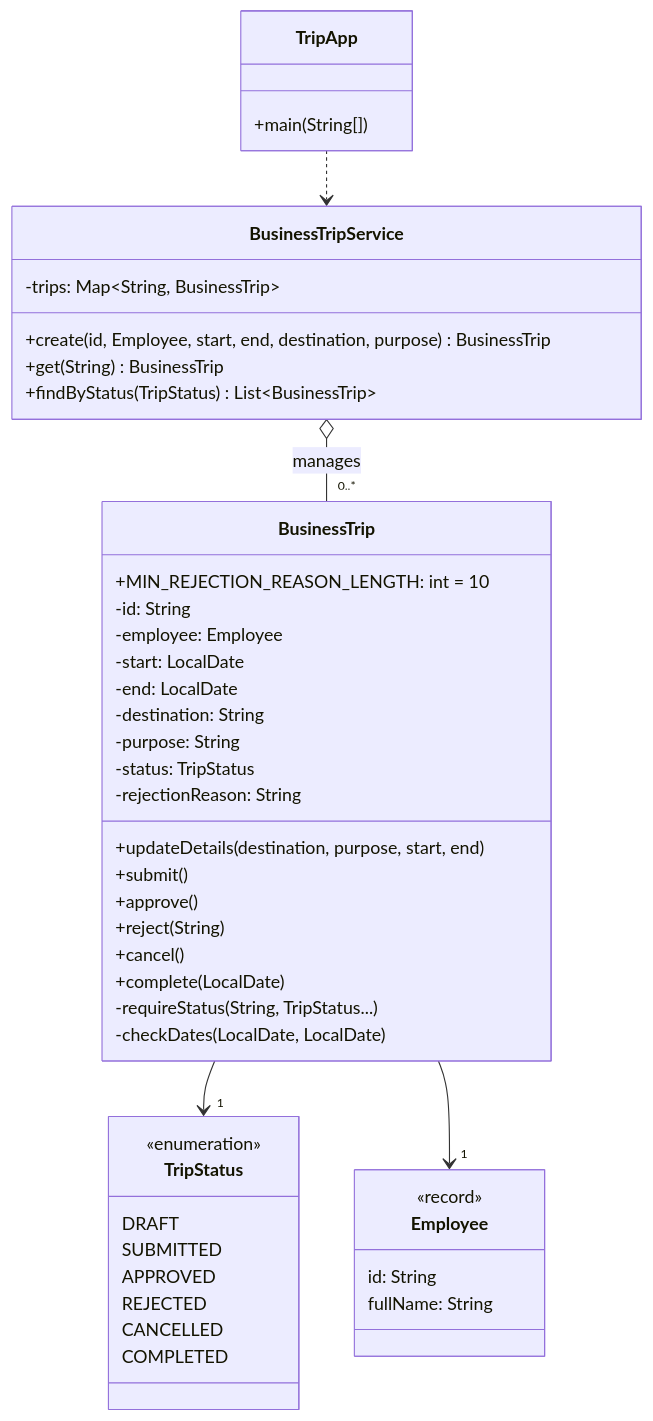
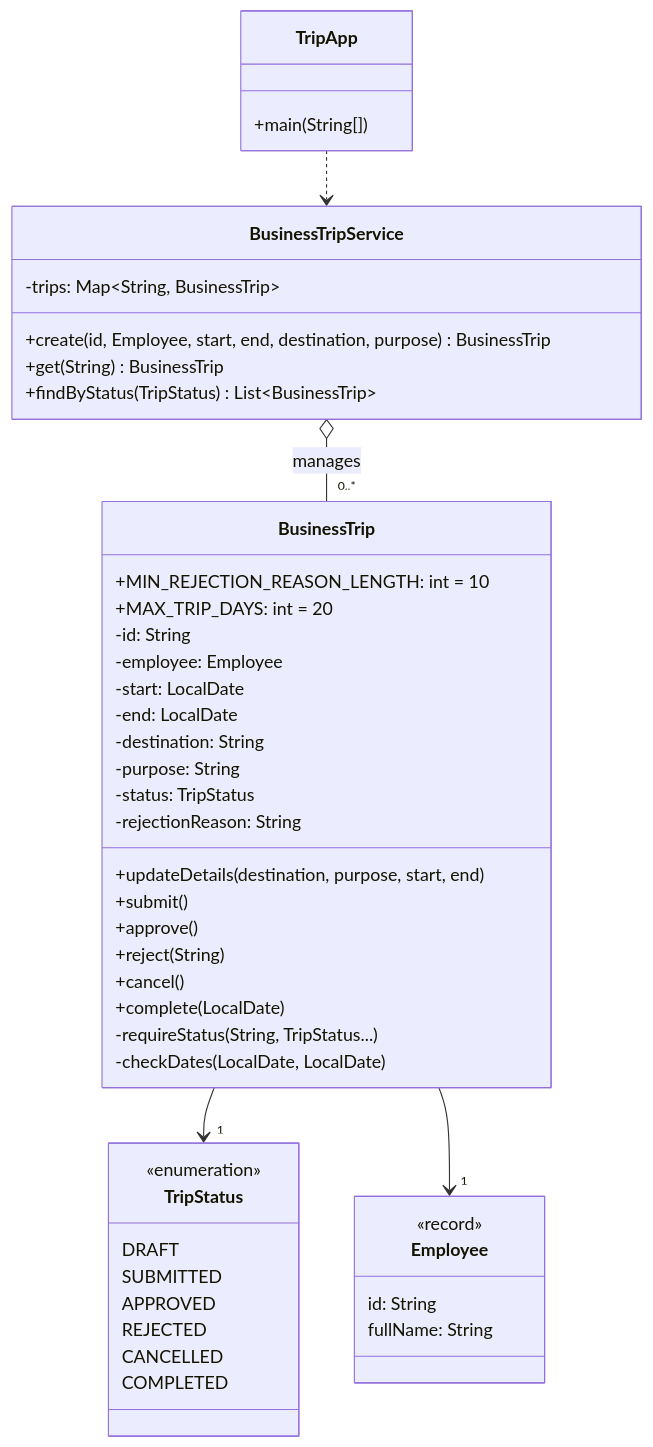
Before and after one commit to f1shi/java-practice: the third of 3 diagrams in pr08/README.md, drawn with Mermaid. The commit also changed other lines of this file and 68 other files, not shown here.

````diff
--- a/pr08/README.md
+++ b/pr08/README.md
@@ -61,49 +64,50 @@
 ```mermaid
 classDiagram
     class BusinessTripService {
         -trips: Map~String, BusinessTrip~
         +create(id, Employee, start, end, destination, purpose) BusinessTrip
         +get(String) BusinessTrip
         +findByStatus(TripStatus) List~BusinessTrip~
     }
     class BusinessTrip {
         +MIN_REJECTION_REASON_LENGTH: int = 10
+        +MAX_TRIP_DAYS: int = 20
         -id: String
         -employee: Employee
         -start: LocalDate
         -end: LocalDate
         -destination: String
         -purpose: String
         -status: TripStatus
         -rejectionReason: String
         +updateDetails(destination, purpose, start, end)
         +submit()
         +approve()
         +reject(String)
         +cancel()
         +complete(LocalDate)
         -requireStatus(String, TripStatus...)
         -checkDates(LocalDate, LocalDate)
     }
     class Employee {
         <<record>>
         id: String
         fullName: String
     }
     class TripStatus {
         <<enumeration>>
         DRAFT
         SUBMITTED
         APPROVED
         REJECTED
         CANCELLED
         COMPLETED
     }
     class TripApp {
         +main(String[])
     }
     BusinessTripService o-- "0..*" BusinessTrip : manages
     BusinessTrip --> "1" TripStatus
     BusinessTrip --> "1" Employee
     TripApp ..> BusinessTripService
 ```
````
